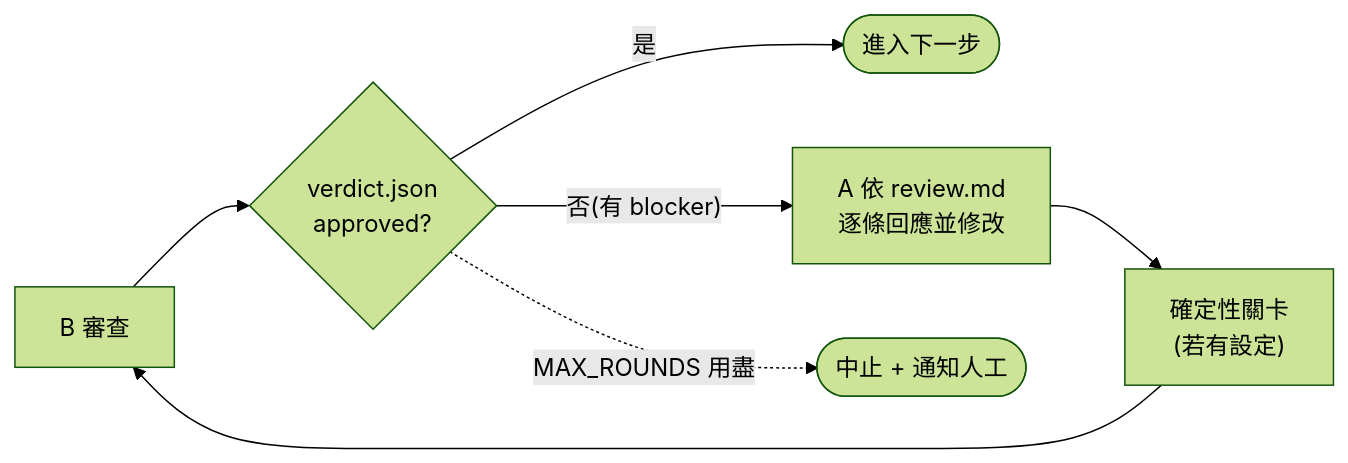
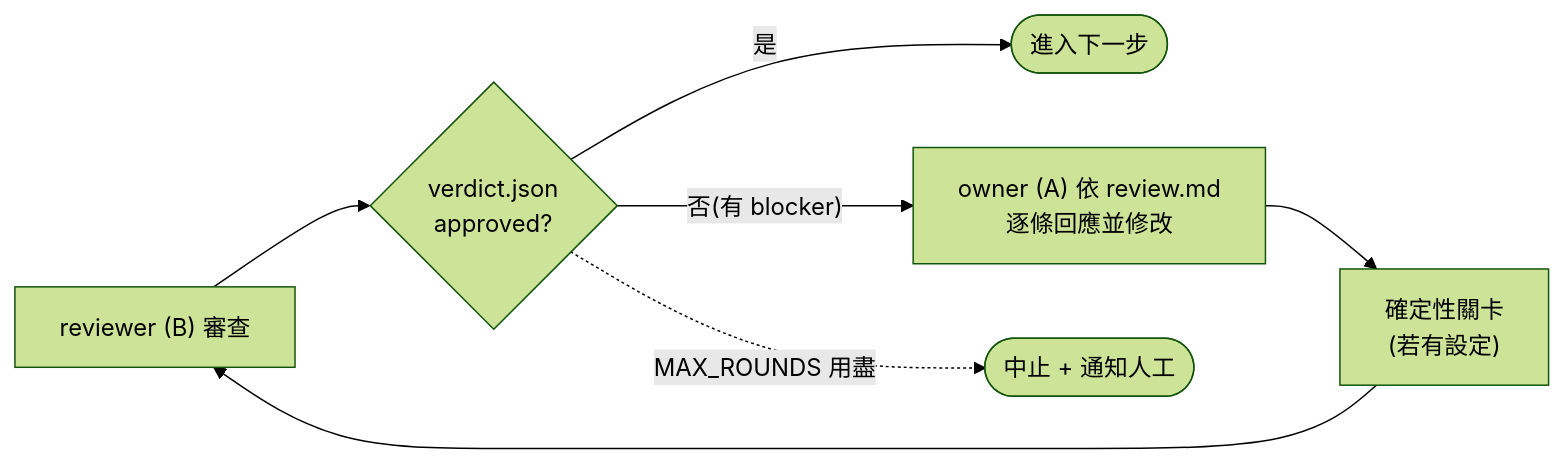
One commit to yhchiu/adversarial-ai-coding changed the second of 2 diagrams in docs/how-it-works.zh-TW.md. Above: the diagram before and after it, drawn with Mermaid (forest theme). The commit also changed other lines of this file and 3 other files, not shown here.

First line of the commit message:
docs: name owner, reviewer, and implementer in the READMEs

````diff
--- a/docs/how-it-works.zh-TW.md
+++ b/docs/how-it-works.zh-TW.md
@@ -38,8 +40,8 @@
 ```mermaid
 flowchart LR
-    review["B 審查"] --> verdict{"verdict.json<br/>approved?"}
+    review["reviewer (B) 審查"] --> verdict{"verdict.json<br/>approved?"}
     verdict -- "是" --> done(["進入下一步"])
-    verdict -- "否(有 blocker)" --> fix["A 依 review.md<br/>逐條回應並修改"]
+    verdict -- "否(有 blocker)" --> fix["owner (A) 依 review.md<br/>逐條回應並修改"]
     fix --> dgate["確定性關卡<br/>(若有設定)"] --> review
     verdict -. "MAX_ROUNDS 用盡" .-> halt(["中止 + 通知人工"])
 ```
````
